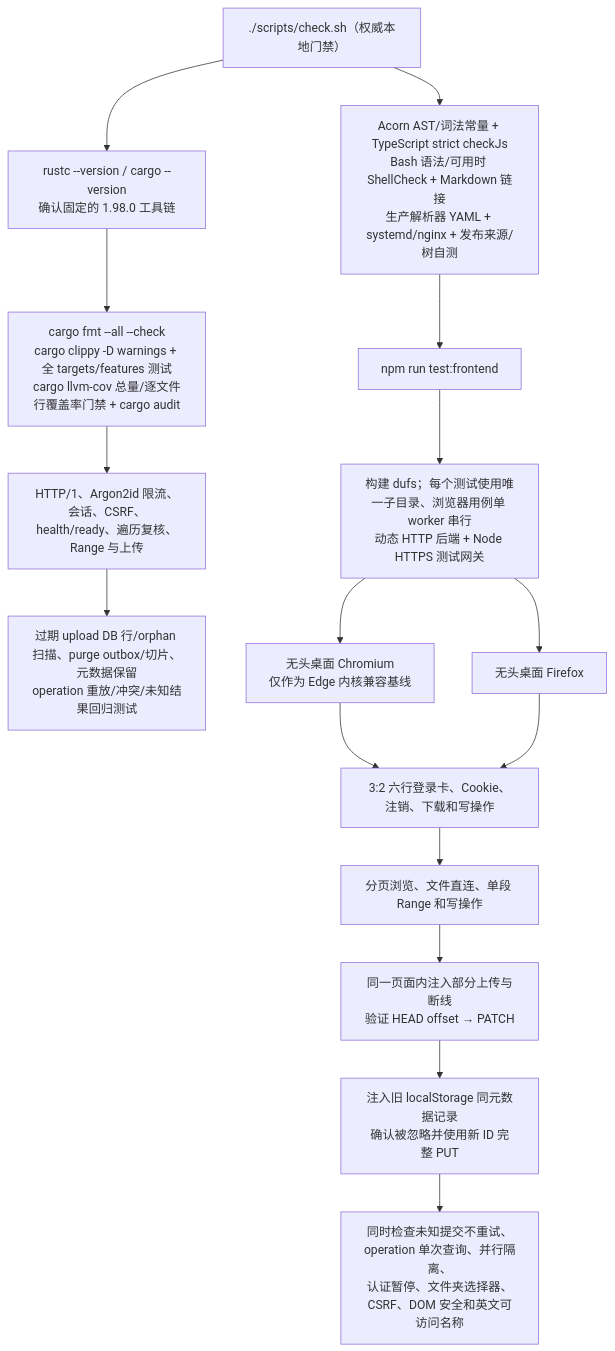
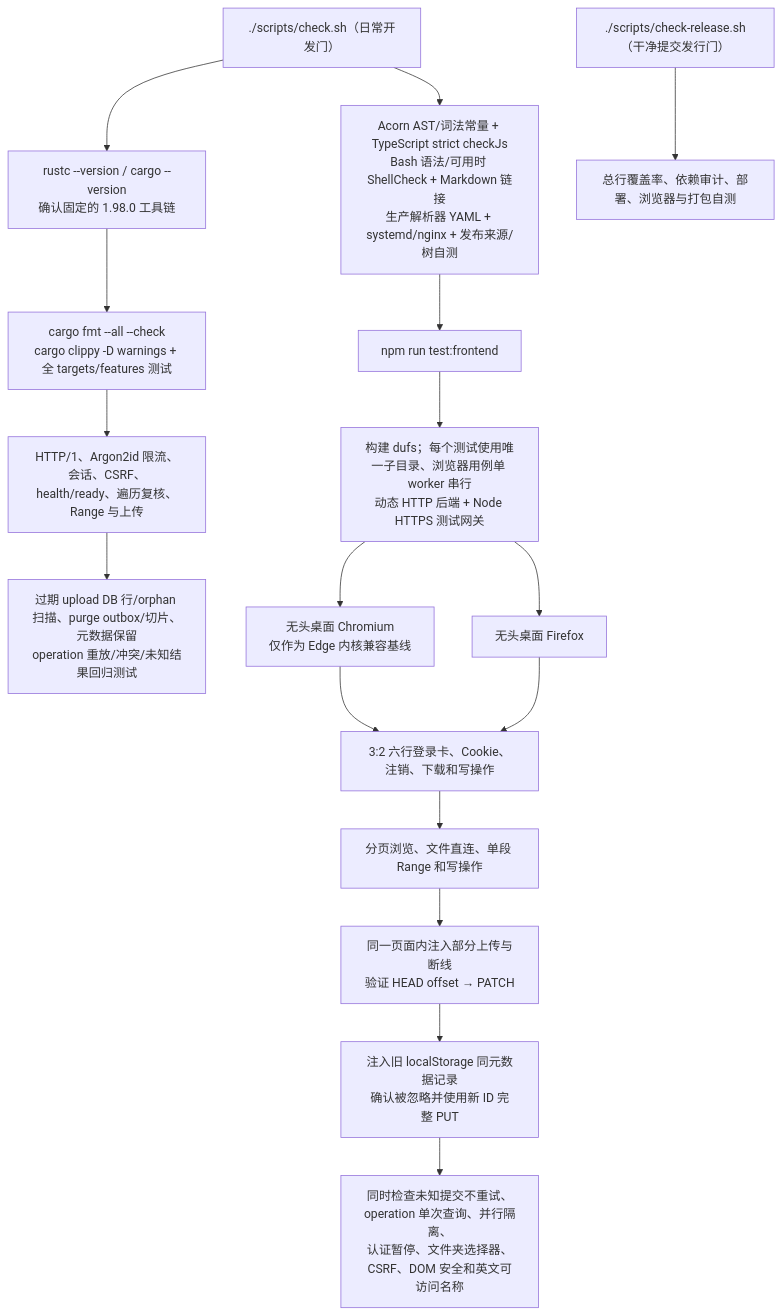
Diagram 17 of 17 in docs/project-workflow.md (isarmg/dufs-ram-server), drawn with Mermaid before and after one commit. The commit also changed other lines of this file and 35 other files, not shown here.

````diff
--- a/docs/project-workflow.md
+++ b/docs/project-workflow.md
@@ -807,18 +807,19 @@
 ```mermaid
 flowchart TD
-    TEST["./scripts/check.sh（权威本地门禁）"] --> TOOLCHAIN["rustc --version / cargo --version<br/>确认固定的 1.98.0 工具链"]
-    TOOLCHAIN --> RUST["cargo fmt --all --check<br/>cargo clippy -D warnings + 全 targets/features 测试<br/>cargo llvm-cov 总量/逐文件行覆盖率门禁 + cargo audit"]
+    TEST["./scripts/check.sh（日常开发门）"] --> TOOLCHAIN["rustc --version / cargo --version<br/>确认固定的 1.98.0 工具链"]
+    TOOLCHAIN --> RUST["cargo fmt --all --check<br/>cargo clippy -D warnings + 全 targets/features 测试"]
+    RELEASE["./scripts/check-release.sh（干净提交发行门）"] --> QUALITY["总行覆盖率、依赖审计、部署、浏览器与打包自测"]
     TEST --> STATIC["Acorn AST/词法常量 + TypeScript strict checkJs<br/>Bash 语法/可用时 ShellCheck + Markdown 链接<br/>生产解析器 YAML + systemd/nginx + 发布来源/树自测"]
     STATIC --> FRONT["npm run test:frontend"]
     RUST --> ROUTES["HTTP/1、Argon2id 限流、会话、CSRF、health/ready、遍历复核、Range 与上传"]
     ROUTES --> MAINTENANCE["过期 upload DB 行/orphan 扫描、purge outbox/切片、元数据保留<br/>operation 重放/冲突/未知结果回归测试"]
     FRONT --> BUILD["构建 dufs；每个测试使用唯一子目录、浏览器用例单 worker 串行<br/>动态 HTTP 后端 + Node HTTPS 测试网关"]
     BUILD --> CHROMIUM["无头桌面 Chromium<br/>仅作为 Edge 内核兼容基线"]
     BUILD --> FIREFOX["无头桌面 Firefox"]
     CHROMIUM --> FLOWS["3:2 六行登录卡、Cookie、注销、下载和写操作"]
     FIREFOX --> FLOWS
     FLOWS --> RANGE["分页浏览、文件直连、单段 Range 和写操作"]
     RANGE --> FAULT["同一页面内注入部分上传与断线<br/>验证 HEAD offset → PATCH"]
     FAULT --> IDENTITY["注入旧 localStorage 同元数据记录<br/>确认被忽略并使用新 ID 完整 PUT"]
     IDENTITY --> OTHER["同时检查未知提交不重试、operation 单次查询、并行隔离、<br/>认证暂停、文件夹选择器、CSRF、DOM 安全和英文可访问名称"]
 ```
````
